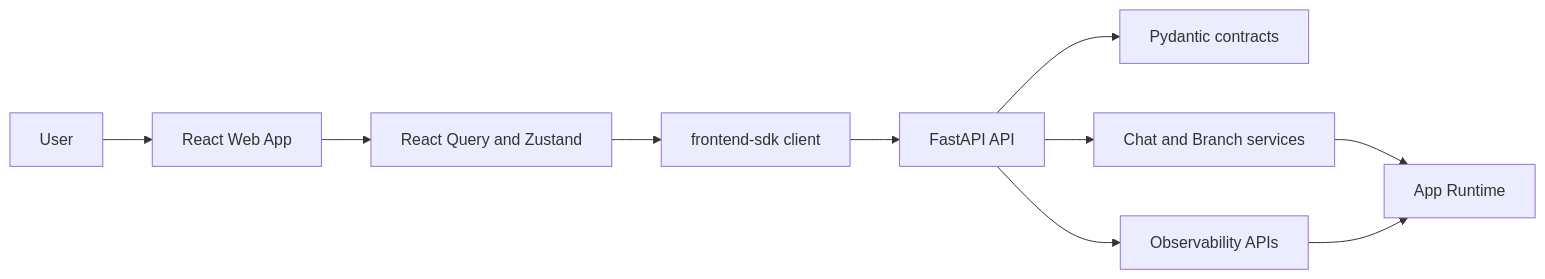
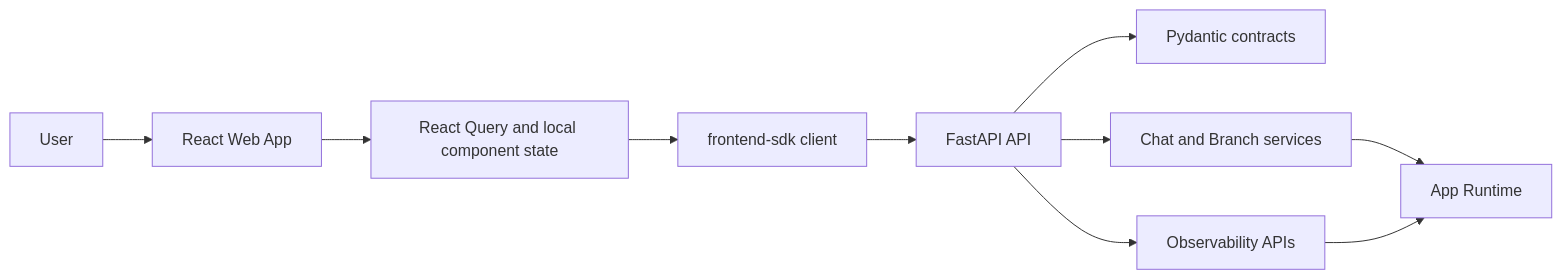
The fourth of 4 diagrams in docs/architecture.md (William-zgx/focus-agent), drawn with Mermaid before and after one commit. The commit also changed other lines of this file and 5 other files, not shown here.

````diff
--- a/docs/architecture.md
+++ b/docs/architecture.md
@@ -372,12 +374,12 @@
 ```mermaid
 flowchart LR
     User["User"] --> Web["React Web App"]
-    Web --> ClientState["React Query and Zustand"]
+    Web --> ClientState["React Query and local component state"]
     ClientState --> SDK["frontend-sdk client"]
     SDK --> API["FastAPI API"]
     API --> Contracts["Pydantic contracts"]
     API --> Services["Chat and Branch services"]
     API --> Obs["Observability APIs"]
     Services --> Runtime["App Runtime"]
     Obs --> Runtime
 ```
````
